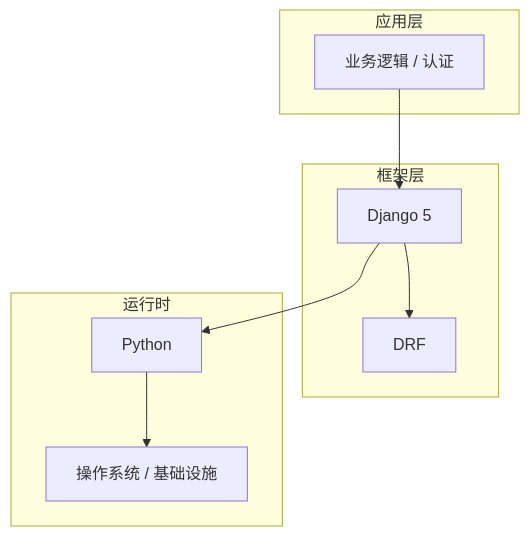
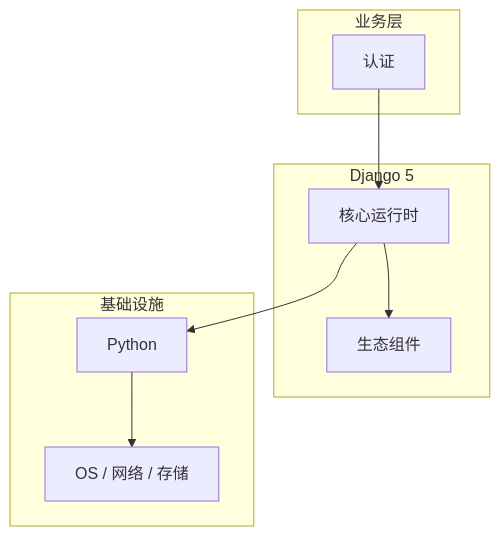
The diagram in articles/Django/chapters/041-认证核心概念与原理.md (yanggan2015/knowledge-json-v2), drawn with Mermaid before and after one commit. The commit also changed other lines of this file and 10127 other files, not shown here.

````diff
--- a/articles/Django/chapters/041-认证核心概念与原理.md
+++ b/articles/Django/chapters/041-认证核心概念与原理.md
@@ -45,18 +34,18 @@
 ```mermaid
 graph TB
-    subgraph 应用层
-        A[业务逻辑 / 认证]
+    subgraph 业务层
+        A[认证]
     end
-    subgraph 框架层
-        B[Django 5]
-        C[DRF]
+    subgraph Django 5
+        B[核心运行时]
+        C[生态组件]
     end
-    subgraph 运行时
+    subgraph 基础设施
         D[Python]
-        E[操作系统 / 基础设施]
+        E[OS / 网络 / 存储]
     end
     A --> B
     B --> C
     B --> D
     D --> E
 ```
````
